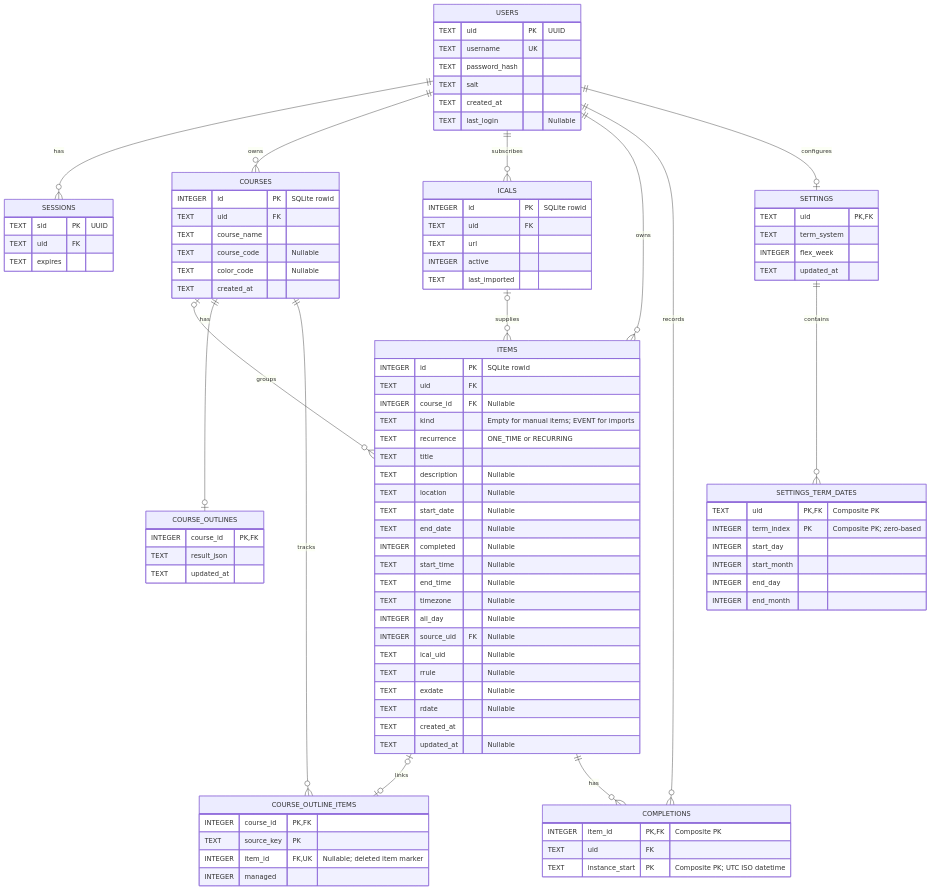
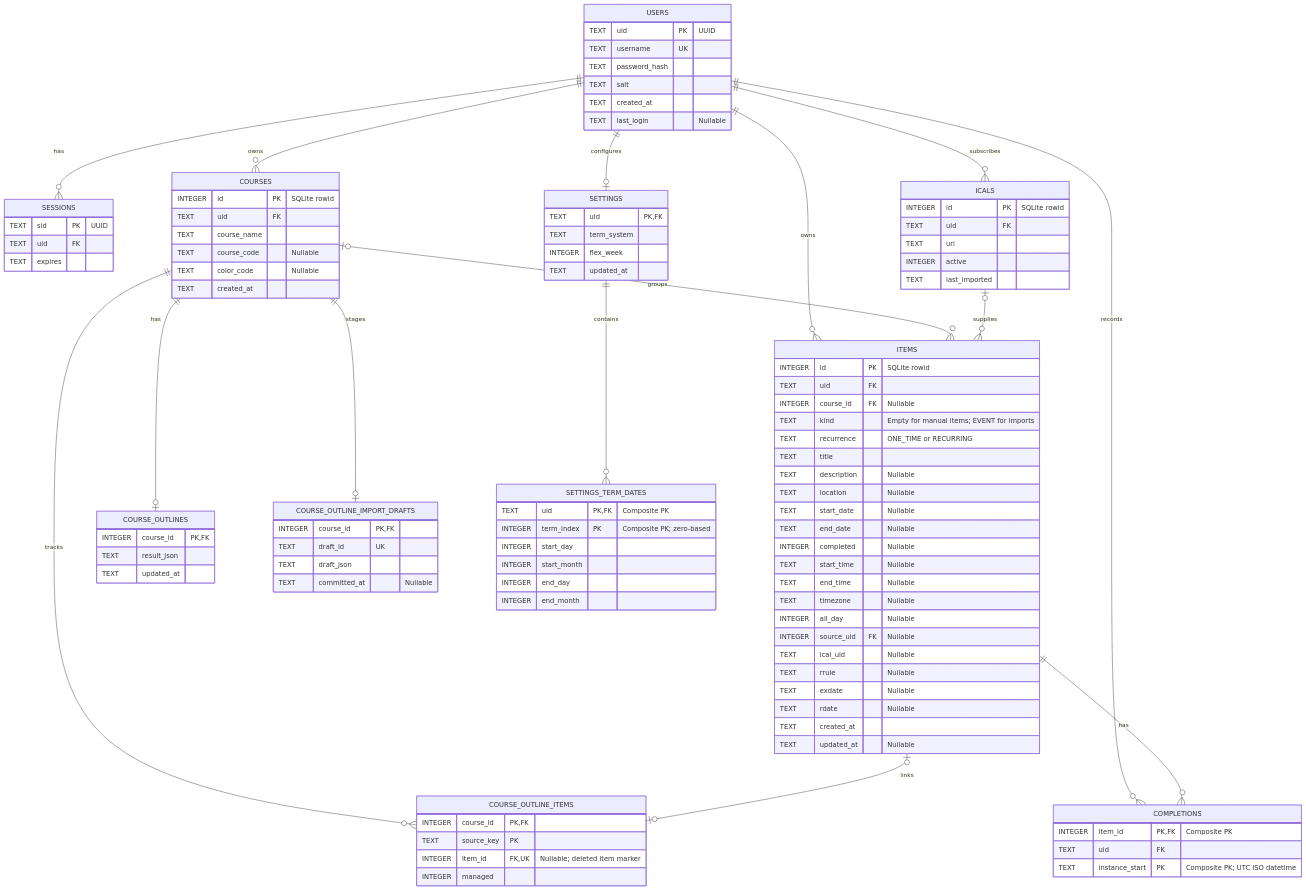
The diagram in DATABASE_SCHEMA_ERD.md (ParsaSla/Planner-App), drawn with Mermaid before and after one commit. The commit also changed other lines of this file and 18 other files, not shown here.

```diff
--- a/DATABASE_SCHEMA_ERD.md
+++ b/DATABASE_SCHEMA_ERD.md
@@ -16,6 +16,7 @@
     USERS ||--o| SETTINGS : configures
     COURSES |o--o{ ITEMS : groups
     COURSES ||--o| COURSE_OUTLINES : has
+    COURSES ||--o| COURSE_OUTLINE_IMPORT_DRAFTS : stages
     COURSES ||--o{ COURSE_OUTLINE_ITEMS : tracks
     ITEMS |o--o| COURSE_OUTLINE_ITEMS : links
     ICALS |o--o{ ITEMS : supplies
@@ -85,6 +86,12 @@
         TEXT result_json
         TEXT updated_at
     }
+    COURSE_OUTLINE_IMPORT_DRAFTS {
+        INTEGER course_id PK, FK
+        TEXT draft_id UK
+        TEXT draft_json
+        TEXT committed_at "Nullable"
+    }
     COMPLETIONS {
         INTEGER item_id PK, FK "Composite PK"
         TEXT uid FK
```
